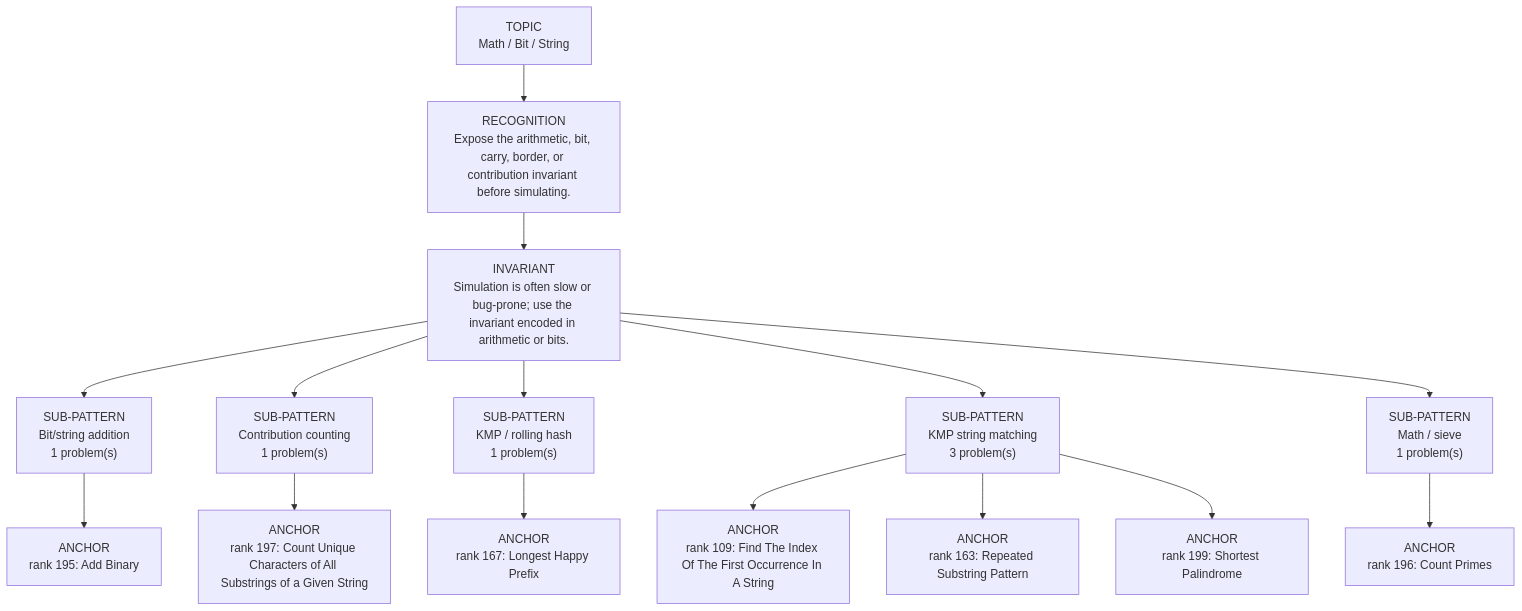
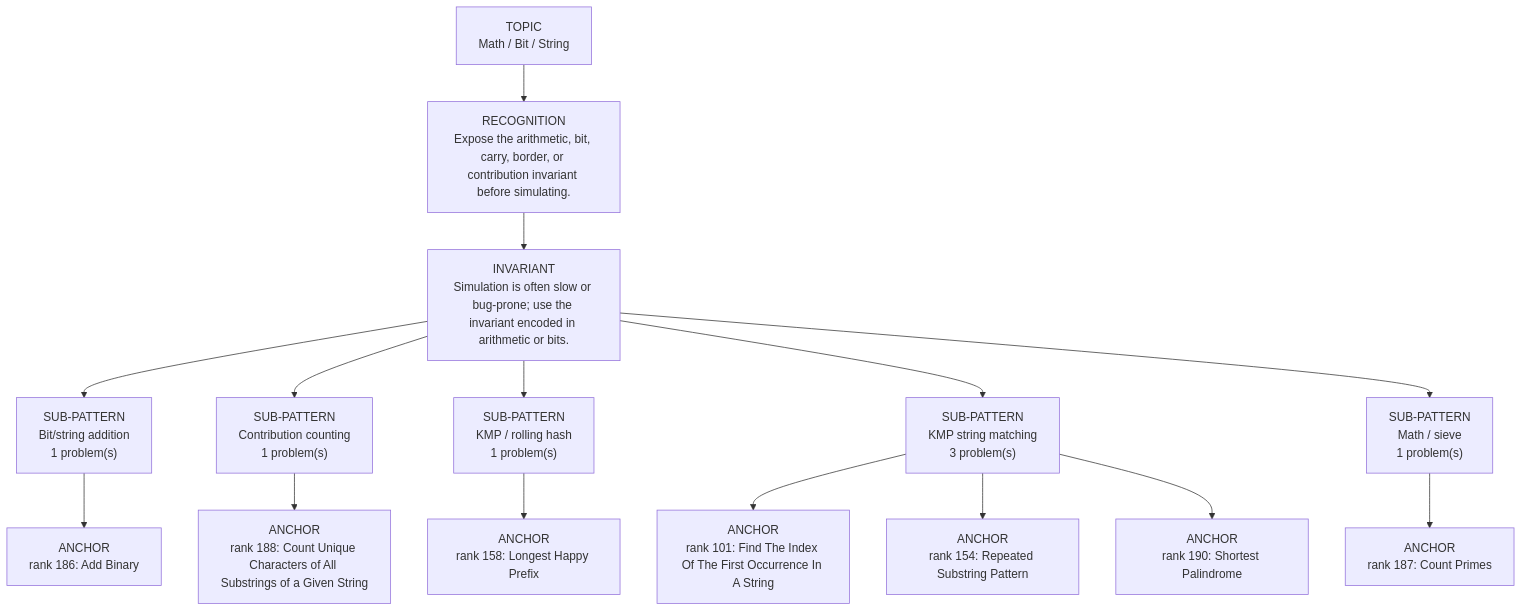
Before and after one commit to thechiranjeevjain/DSA10days: the diagram in dsa-review/interview/patterns/19_math_bit_string.md, drawn with Mermaid. The commit also changed other lines of this file and 61 other files, not shown here.

````diff
--- a/dsa-review/interview/patterns/19_math_bit_string.md
+++ b/dsa-review/interview/patterns/19_math_bit_string.md
@@ -15,19 +15,19 @@
 ```mermaid
 flowchart TD
   Topic["TOPIC<br/>Math / Bit / String"]
   Recognition["RECOGNITION<br/>Expose the arithmetic, bit, carry, border, or contribution invariant before simulating."]
   Invariant["INVARIANT<br/>Simulation is often slow or bug-prone; use the invariant encoded in arithmetic or bits."]
   Topic --> Recognition --> Invariant
   Invariant --> Sub01["SUB-PATTERN<br/>Bit/string addition<br/>1 problem(s)"]
-  Sub01 --> Sub01A01["ANCHOR<br/>rank 195: Add Binary"]
+  Sub01 --> Sub01A01["ANCHOR<br/>rank 186: Add Binary"]
   Invariant --> Sub02["SUB-PATTERN<br/>Contribution counting<br/>1 problem(s)"]
-  Sub02 --> Sub02A01["ANCHOR<br/>rank 197: Count Unique Characters of All Substrings of a Given String"]
+  Sub02 --> Sub02A01["ANCHOR<br/>rank 188: Count Unique Characters of All Substrings of a Given String"]
   Invariant --> Sub03["SUB-PATTERN<br/>KMP / rolling hash<br/>1 problem(s)"]
-  Sub03 --> Sub03A01["ANCHOR<br/>rank 167: Longest Happy Prefix"]
+  Sub03 --> Sub03A01["ANCHOR<br/>rank 158: Longest Happy Prefix"]
   Invariant --> Sub04["SUB-PATTERN<br/>KMP string matching<br/>3 problem(s)"]
-  Sub04 --> Sub04A01["ANCHOR<br/>rank 109: Find The Index Of The First Occurrence In A String"]
-  Sub04 --> Sub04A02["ANCHOR<br/>rank 163: Repeated Substring Pattern"]
-  Sub04 --> Sub04A03["ANCHOR<br/>rank 199: Shortest Palindrome"]
+  Sub04 --> Sub04A01["ANCHOR<br/>rank 101: Find The Index Of The First Occurrence In A String"]
+  Sub04 --> Sub04A02["ANCHOR<br/>rank 154: Repeated Substring Pattern"]
+  Sub04 --> Sub04A03["ANCHOR<br/>rank 190: Shortest Palindrome"]
   Invariant --> Sub05["SUB-PATTERN<br/>Math / sieve<br/>1 problem(s)"]
-  Sub05 --> Sub05A01["ANCHOR<br/>rank 196: Count Primes"]
+  Sub05 --> Sub05A01["ANCHOR<br/>rank 187: Count Primes"]
 ```
````
